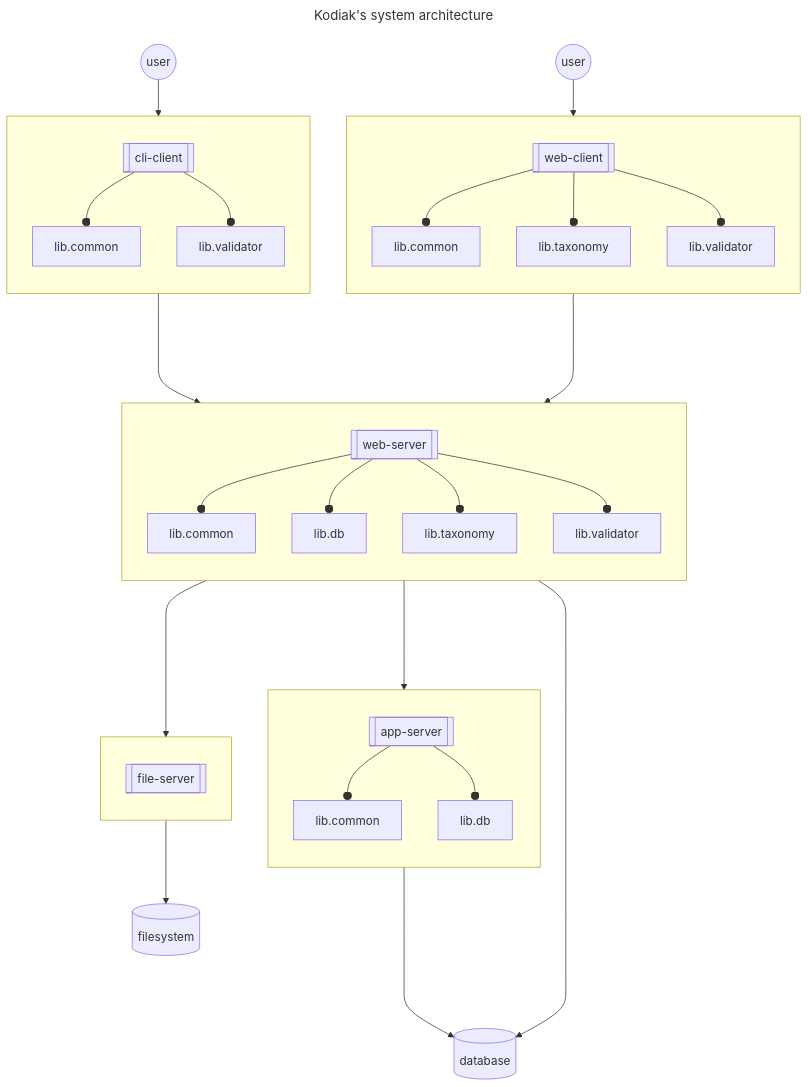
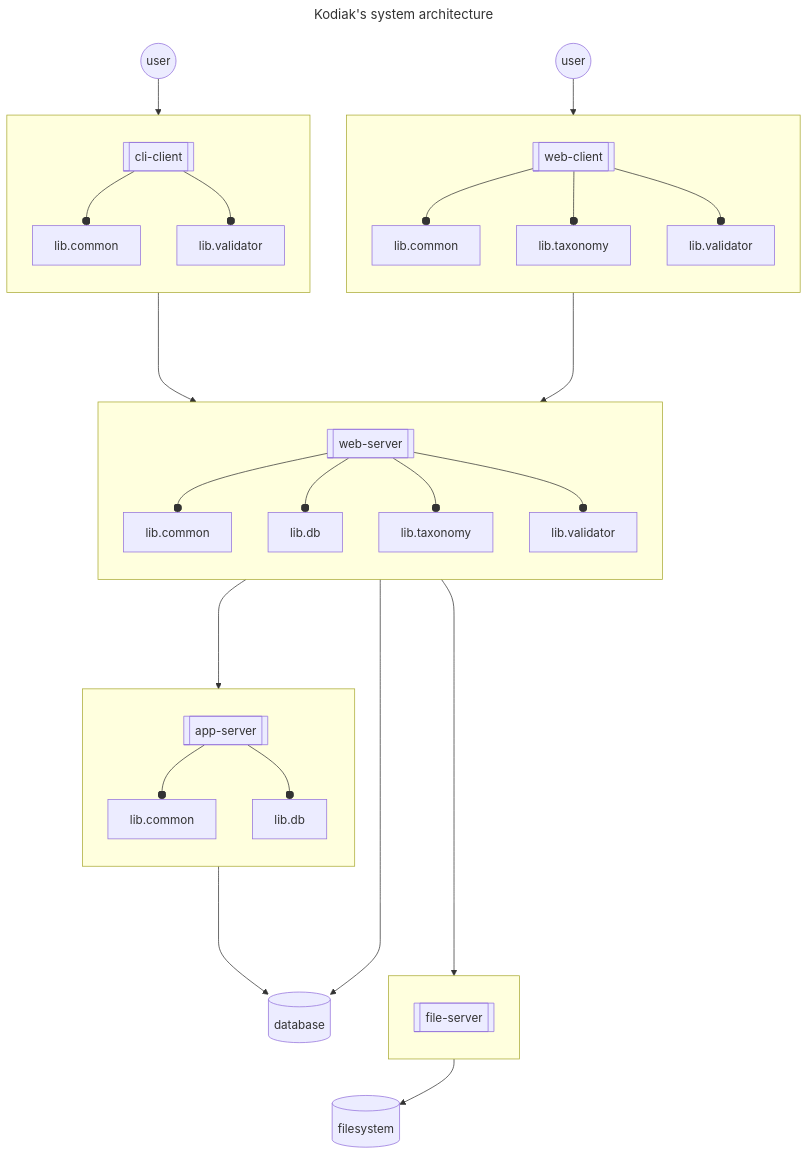
One commit to polarlabs/kodiak-diagrams changed the diagram in SYSTEM-ARCHITECTURE.md. Above: the diagram before and after it, drawn with Mermaid.

Commit message:
fix: rearrange boxes.

````diff
--- a/SYSTEM-ARCHITECTURE.md
+++ b/SYSTEM-ARCHITECTURE.md
@@ -5,42 +5,43 @@
 ```mermaid
 ---
 title: Kodiak's system architecture
 ---
 flowchart TB
   subgraph user-web[ ]
     direction TB  
     web-client[[web-client]] --o web-client.lib.common[lib.common]
     web-client --o web-client.lib.taxonomy[lib.taxonomy]
     web-client --o web-client.lib.validator[lib.validator]
   end
   subgraph user-cli[ ]
     direction TB
     cli-client[[cli-client]] --o cli-client.lib.common[lib.common]
     cli-client --o cli-client.lib.validator[lib.validator]
   end
   subgraph file-server[ ]
     direction TB
     file-server.api[[file-server]]
   end
   subgraph web-server[ ]
     direction TB
     web-server.api[[web-server]] --o web-server.lib.common[lib.common]
     web-server.api[[web-server]] --o web-server.lib.db[lib.db]
     web-server.api[[web-server]] --o web-server.lib.taxonomy[lib.taxonomy]
     web-server.api[[web-server]] --o web-server.lib.validator[lib.validator]
   end
   subgraph app-server[ ]
     direction TB
     app-server.api[[app-server]] --o app-server.lib.common[lib.common]
     app-server.api[[app-server]] --o app-server.lib.db[lib.db]
   end
   web-user((user)) --> web-client
   web-client ----> web-server.api
   cli-user((user)) --> cli-client
   cli-client ----> web-server.api
   web-server.api ----> app-server.api
   web-server.api ----> file-server.api
   file-server --> filesystem[(filesystem)]
   web-server --> database[(database)]
   app-server ----> database[(database)]
+  database ~~~ filesystem
 ```
````
